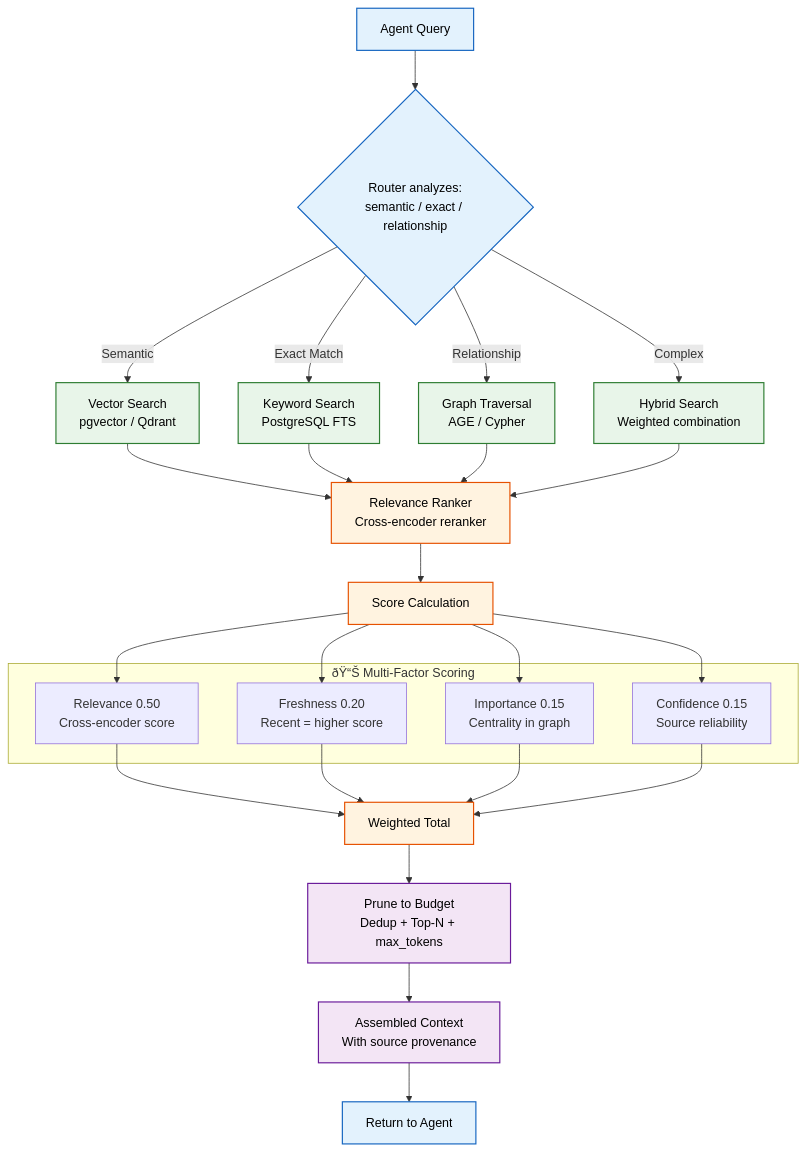
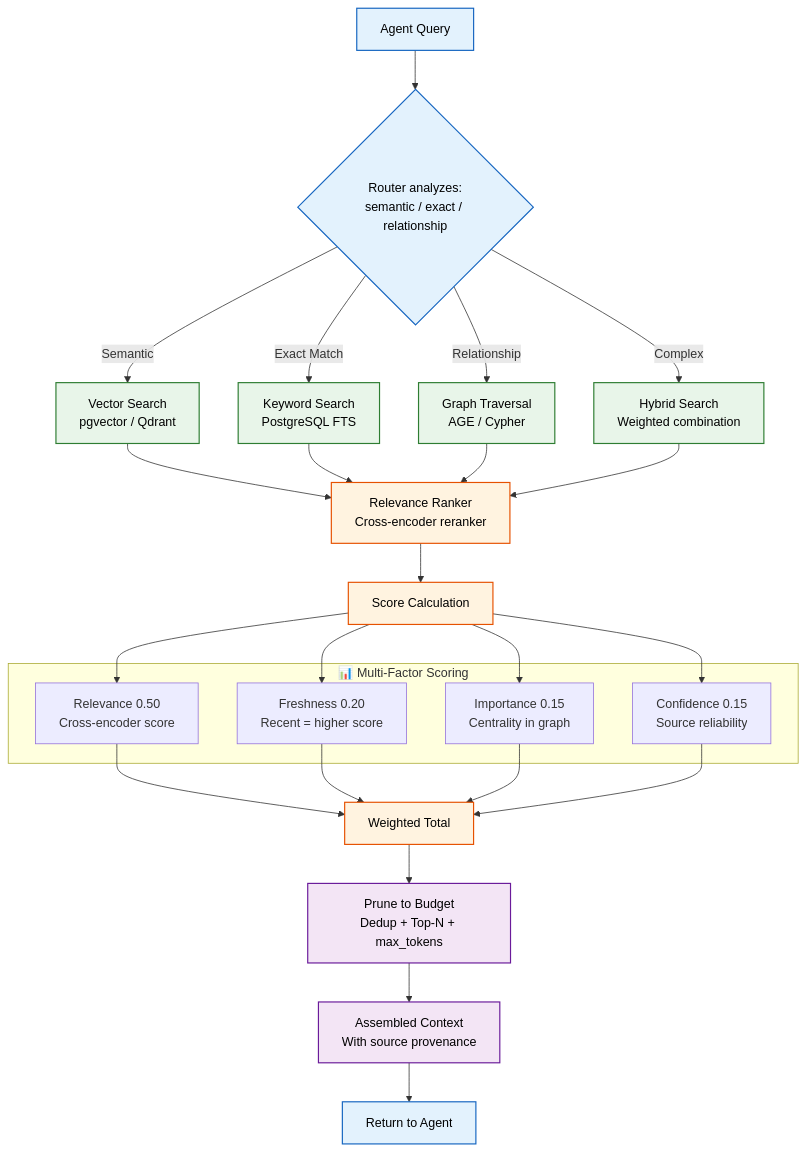
Before and after one commit to Driftloom/Vaeloom: the first of 2 diagrams in Docs/AI/RAG.md, drawn with Mermaid. The commit also changed other lines of this file and 18 other files, not shown here.

Commit message:
docs(ai): add AI architecture overview and model routing

````diff
--- a/Docs/AI/RAG.md
+++ b/Docs/AI/RAG.md
@@ -34,38 +34,38 @@
 ```mermaid
 graph TD
     classDef query fill:#e3f2fd,stroke:#1565c0,color:#000,stroke-width:1.5px
     classDef search fill:#e8f5e9,stroke:#2e7d32,color:#000,stroke-width:1.5px
     classDef rank fill:#fff3e0,stroke:#e65100,color:#000,stroke-width:1.5px
     classDef assemble fill:#f3e5f5,stroke:#6a1b9a,color:#000,stroke-width:1.5px
 
     Q["Agent Query"] --> ROUTER{"Router analyzes:<br/>semantic / exact / relationship"}
 
     ROUTER -->|Semantic| VS["Vector Search<br/>pgvector / Qdrant"]
     ROUTER -->|Exact Match| KS["Keyword Search<br/>PostgreSQL FTS"]
     ROUTER -->|Relationship| GT["Graph Traversal<br/>AGE / Cypher"]
     ROUTER -->|Complex| HY["Hybrid Search<br/>Weighted combination"]
 
     VS & KS & GT & HY --> RANK["Relevance Ranker<br/>Cross-encoder reranker"]
     RANK --> SCORE["Score Calculation"]
 
-    subgraph Scores["ðŸ“Š Multi-Factor Scoring"]
+    subgraph Scores["📊 Multi-Factor Scoring"]
         S1["Relevance 0.50<br/>Cross-encoder score"]
         S2["Freshness 0.20<br/>Recent = higher score"]
         S3["Importance 0.15<br/>Centrality in graph"]
         S4["Confidence 0.15<br/>Source reliability"]
     end
 
     SCORE --> S1 & S2 & S3 & S4
     S1 & S2 & S3 & S4 --> TOTAL["Weighted Total"]
     TOTAL --> PRUNE["Prune to Budget<br/>Dedup + Top-N + max_tokens"]
     PRUNE --> ASSEMBLE["Assembled Context<br/>With source provenance"]
     ASSEMBLE --> AGENT["Return to Agent"]
 
     class Q,ROUTER query
     class VS,KS,GT,HY search
     class RANK,SCORE,TOTAL rank
     class PRUNE,ASSEMBLE assemble
     class AGENT query
     class S1,S2,S3,S4 score
 
 ```
````
